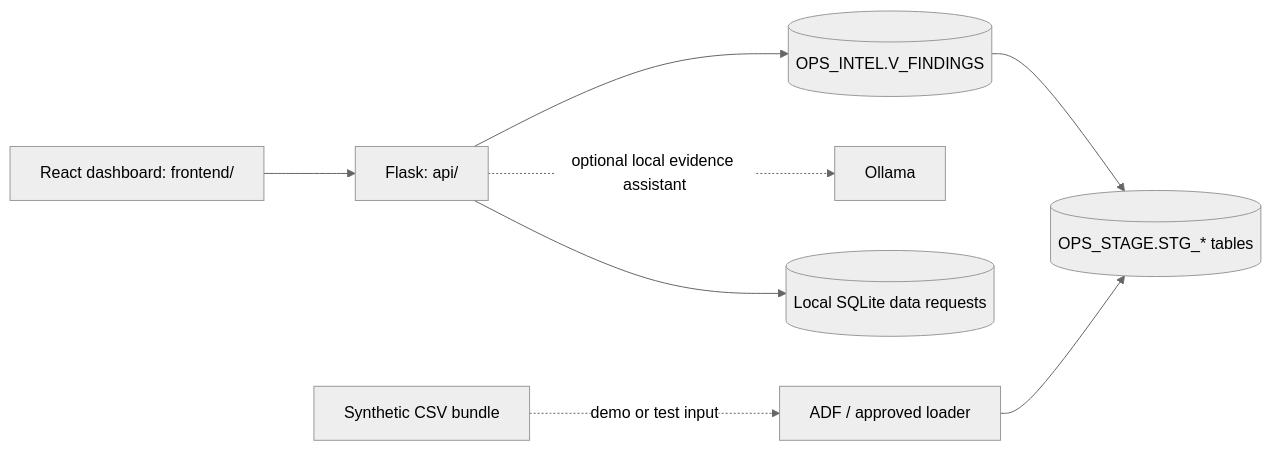
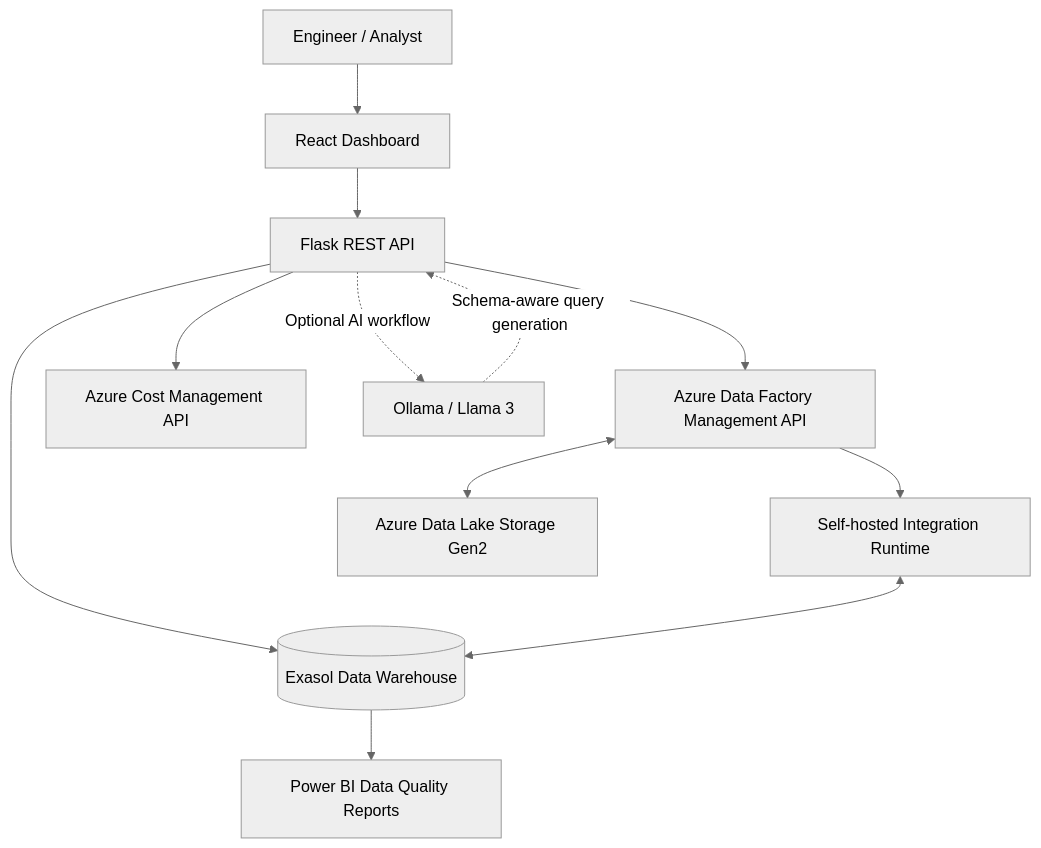
The diagram in README.md (vyshhnavi-ndd/OpsNexus), drawn with Mermaid (neutral theme) before and after one commit. The commit also changed other lines of this file and 1 other file, not shown here.

````diff
--- a/README.md
+++ b/README.md
@@ -32,10 +53,14 @@
 ```mermaid
-flowchart LR
-    UI[React dashboard: frontend/] --> API[Flask: api/]
-    API --> VIEW[(OPS_INTEL.V_FINDINGS)]
-    VIEW --> STAGE[(OPS_STAGE.STG_* tables)]
-    ADF[ADF / approved loader] --> STAGE
-    SYNTH[Synthetic CSV bundle] -. demo or test input .-> ADF
-    API -. optional local evidence assistant .-> OLLAMA[Ollama]
-    API --> SQLITE[(Local SQLite data requests)]
+flowchart TB
+    U[Engineer / Analyst] --> UI[React Dashboard]
+    UI --> API[Flask REST API]
+    API --> ADF[Azure Data Factory Management API]
+    API --> EX[(Exasol Data Warehouse)]
+    API --> COST[Azure Cost Management API]
+    API -. Optional AI workflow .-> LLM[Ollama / Llama 3]
+    ADF --> IR[Self-hosted Integration Runtime]
+    IR <--> EX
+    ADF <--> LAKE[Azure Data Lake Storage Gen2]
+    EX --> BI[Power BI Data Quality Reports]
+    LLM -. Schema-aware query generation .-> API
 ```
````
